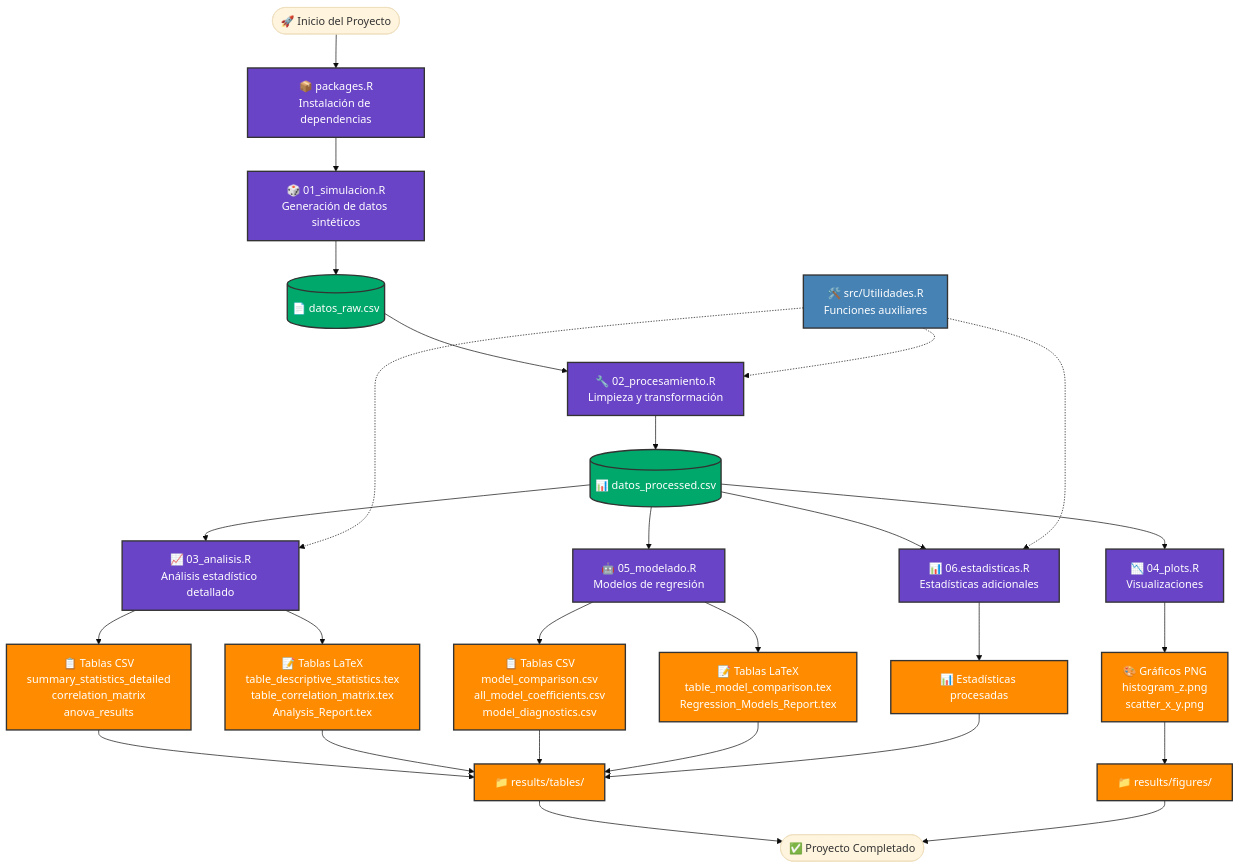
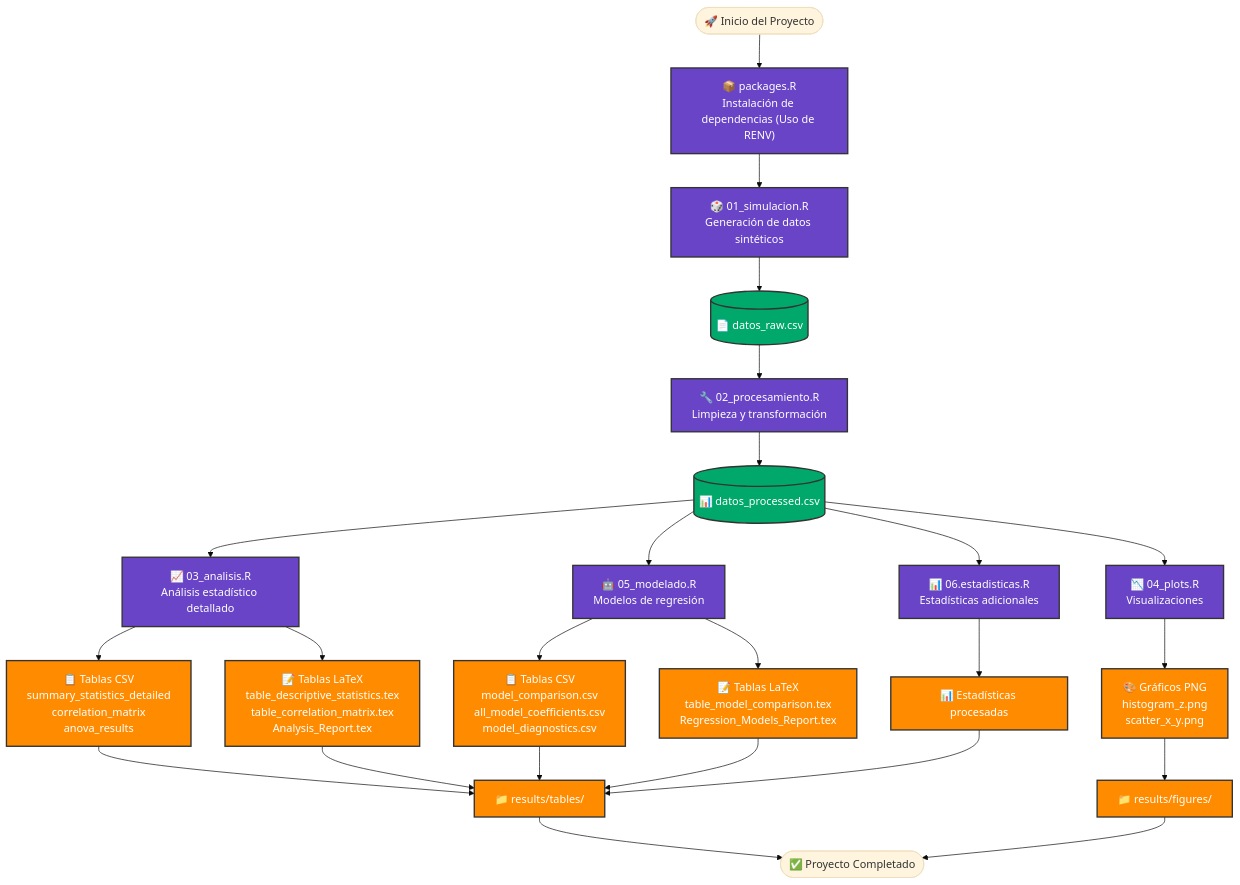
The diagram in diagram.mermaid (juagomezor-max/GPI-Workshop4v2), drawn with Mermaid (base theme) before and after one commit. The commit also changed 1 other file, not shown here.

Commit message:
Update subproject commit status and modify Mermaid diagram image

```diff
--- a/diagram.mermaid
+++ b/diagram.mermaid
@@ -1,51 +1,41 @@
-flowchart TD
-    Start([🚀 Inicio del Proyecto]) --> Packages[📦 packages.R<br/>Instalación de dependencias]
-    
-    Packages --> Sim[🎲 01_simulacion.R<br/>Generación de datos sintéticos]
-    
-    Sim --> RawData[(📄 datos_raw.csv)]
-    
-    RawData --> Process[🔧 02_procesamiento.R<br/>Limpieza y transformación]
-    
-    Process --> ProcessedData[(📊 datos_processed.csv)]
-    
-    ProcessedData --> Analysis[📈 03_analisis.R<br/>Análisis estadístico detallado]
-    ProcessedData --> Plots[📉 04_plots.R<br/>Visualizaciones]
-    ProcessedData --> Model[🤖 05_modelado.R<br/>Modelos de regresión]
-    ProcessedData --> Stats[📊 06.estadisticas.R<br/>Estadísticas adicionales]
-    
-    Analysis --> Tables1[📋 Tablas CSV<br/>summary_statistics_detailed<br/>correlation_matrix<br/>anova_results]
-    Analysis --> Latex1[📝 Tablas LaTeX<br/>table_descriptive_statistics.tex<br/>table_correlation_matrix.tex<br/>Analysis_Report.tex]
-    
-    Plots --> Figures[🎨 Gráficos PNG<br/>histogram_z.png<br/>scatter_x_y.png]
-    
-    Model --> Tables2[📋 Tablas CSV<br/>model_comparison.csv<br/>all_model_coefficients.csv<br/>model_diagnostics.csv]
-    Model --> Latex2[📝 Tablas LaTeX<br/>table_model_comparison.tex<br/>Regression_Models_Report.tex]
-    
-    Stats --> Output1[📊 Estadísticas procesadas]
-    
-    Tables1 --> Results[📁 results/tables/]
+flowchart TB
+    Start(["🚀 Inicio del Proyecto"]) --> Packages["📦 packages.R<br>Instalación de dependencias (Uso de RENV)"]
+    Packages --> Sim["🎲 01_simulacion.R<br>Generación de datos sintéticos"]
+    Sim --> RawData[("📄 datos_raw.csv")]
+    RawData --> Process["🔧 02_procesamiento.R<br>Limpieza y transformación"]
+    Process --> ProcessedData[("📊 datos_processed.csv")]
+    ProcessedData --> Analysis["📈 03_analisis.R<br>Análisis estadístico detallado"] & Plots["📉 04_plots.R<br>Visualizaciones"] & Model["🤖 05_modelado.R<br>Modelos de regresión"] & Stats["📊 06.estadisticas.R<br>Estadísticas adicionales"]
+    Analysis --> Tables1["📋 Tablas CSV<br>summary_statistics_detailed<br>correlation_matrix<br>anova_results"] & Latex1["📝 Tablas LaTeX<br>table_descriptive_statistics.tex<br>table_correlation_matrix.tex<br>Analysis_Report.tex"]
+    Plots --> Figures["🎨 Gráficos PNG<br>histogram_z.png<br>scatter_x_y.png"]
+    Model --> Tables2["📋 Tablas CSV<br>model_comparison.csv<br>all_model_coefficients.csv<br>model_diagnostics.csv"] & Latex2["📝 Tablas LaTeX<br>table_model_comparison.tex<br>Regression_Models_Report.tex"]
+    Stats --> Output1["📊 Estadísticas procesadas"]
+    Tables1 --> Results["📁 results/tables/"]
     Latex1 --> Results
     Tables2 --> Results
     Latex2 --> Results
-    Figures --> Figures_Dir[📁 results/figures/]
+    Figures --> Figures_Dir["📁 results/figures/"]
     Output1 --> Results
-    
-    Results --> End([✅ Proyecto Completado])
+    Results --> End(["✅ Proyecto Completado"])
     Figures_Dir --> End
-    
-    %% Utilities
-    Utils[🛠️ src/Utilidades.R<br/>Funciones auxiliares] -.-> Process
-    Utils -.-> Analysis
-    Utils -.-> Stats
-    
-    %% Styling
+
+     Packages:::scriptClass
+     Sim:::scriptClass
+     RawData:::dataClass
+     Process:::scriptClass
+     ProcessedData:::dataClass
+     Analysis:::scriptClass
+     Plots:::scriptClass
+     Model:::scriptClass
+     Stats:::scriptClass
+     Tables1:::outputClass
+     Latex1:::outputClass
+     Figures:::outputClass
+     Tables2:::outputClass
+     Latex2:::outputClass
+     Output1:::outputClass
+     Results:::outputClass
+     Figures_Dir:::outputClass
     classDef scriptClass fill:#6A44C7,stroke:#333,stroke-width:2px,color:#fff
     classDef dataClass fill:#00A86B,stroke:#333,stroke-width:2px,color:#fff
     classDef outputClass fill:#FF8C00,stroke:#333,stroke-width:2px,color:#fff
     classDef utilClass fill:#4682B4,stroke:#333,stroke-width:2px,color:#fff
-    
-    class Packages,Sim,Process,Analysis,Plots,Model,Stats scriptClass
-    class RawData,ProcessedData dataClass
-    class Tables1,Latex1,Figures,Tables2,Latex2,Output1,Results,Figures_Dir outputClass
-    class Utils utilClass
```
